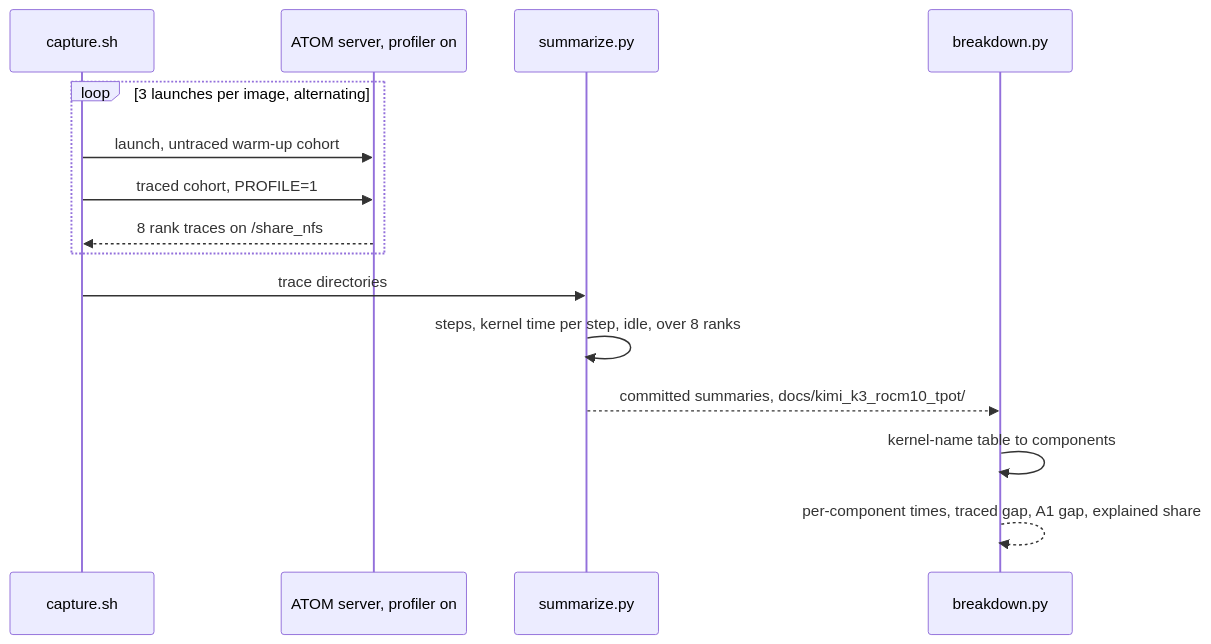
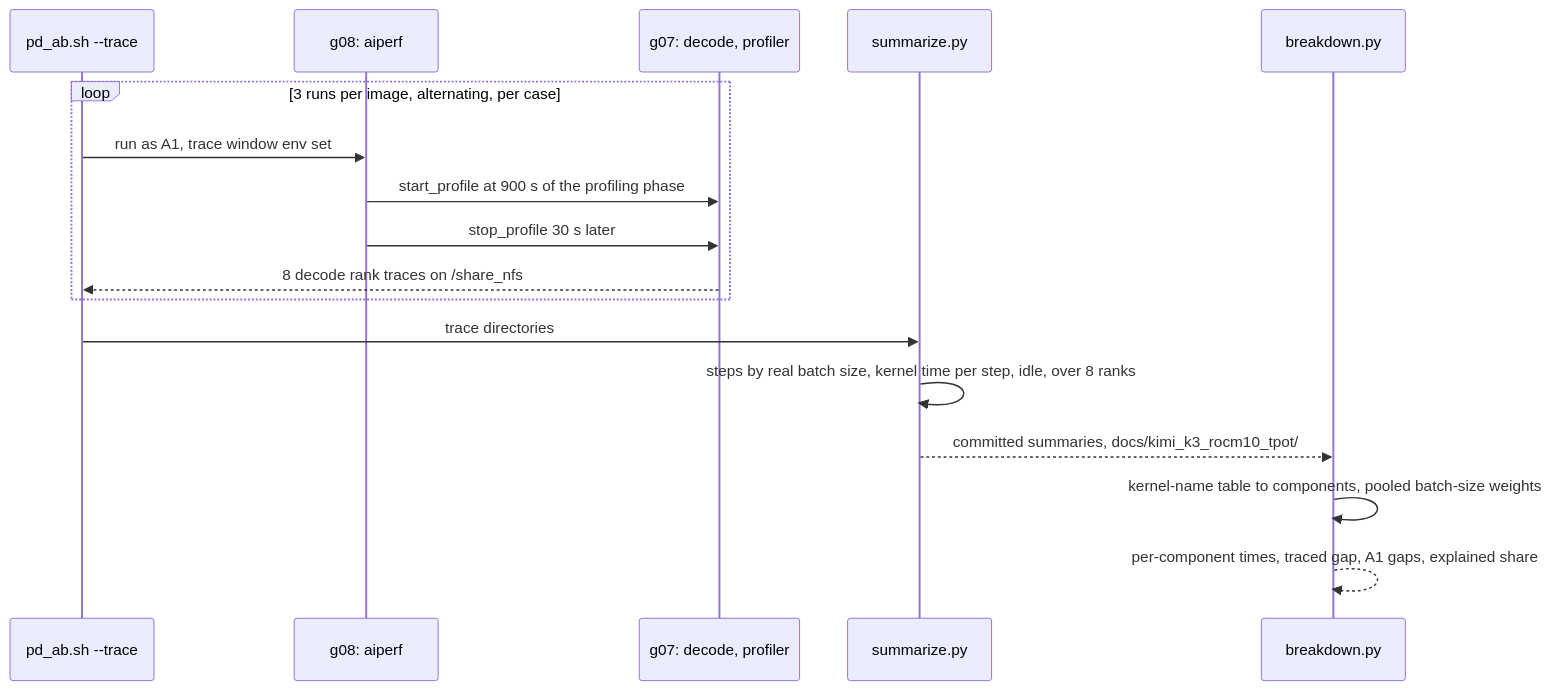
The second of 3 diagrams in docs/kimi_k3_rocm10_tpot.md (junyyang-amd/ATOM), drawn with Mermaid before and after one commit. The commit also changed other lines of this file and 1 other file, not shown here.

````diff
--- a/docs/kimi_k3_rocm10_tpot.md
+++ b/docs/kimi_k3_rocm10_tpot.md
@@ -45,17 +53,19 @@
 ```mermaid
 sequenceDiagram
-    participant C as capture.sh
-    participant S as ATOM server, profiler on
+    participant L as pd_ab.sh --trace
+    participant P as g08: aiperf
+    participant D as g07: decode, profiler
     participant Z as summarize.py
     participant K as breakdown.py
-    loop 3 launches per image, alternating
-        C->>S: launch, untraced warm-up cohort
-        C->>S: traced cohort, PROFILE=1
-        S-->>C: 8 rank traces on /share_nfs
+    loop 3 runs per image, alternating, per case
+        L->>P: run as A1, trace window env set
+        P->>D: start_profile at 900 s of the profiling phase
+        P->>D: stop_profile 30 s later
+        D-->>L: 8 decode rank traces on /share_nfs
     end
-    C->>Z: trace directories
-    Z->>Z: steps, kernel time per step, idle, over 8 ranks
+    L->>Z: trace directories
+    Z->>Z: steps by real batch size, kernel time per step, idle, over 8 ranks
     Z-->>K: committed summaries, docs/kimi_k3_rocm10_tpot/
-    K->>K: kernel-name table to components
-    K-->>K: per-component times, traced gap, A1 gap, explained share
+    K->>K: kernel-name table to components, pooled batch-size weights
+    K-->>K: per-component times, traced gap, A1 gaps, explained share
 ```
````
